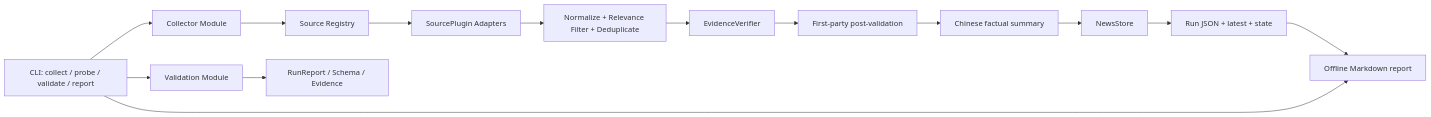
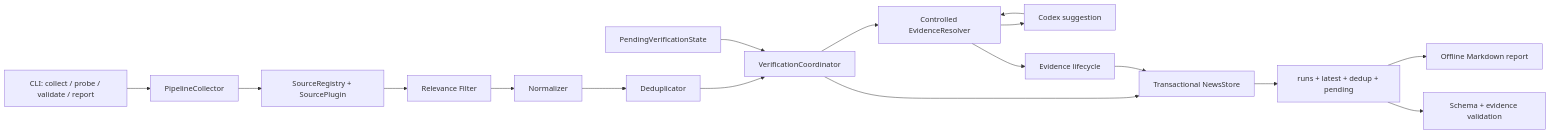
One commit to EdgarLQS/mynews changed the diagram in docs/architecture/system-architecture.md. Above: the diagram before and after it, drawn with Mermaid. The commit also changed other lines of this file, not shown here.

Commit message:
docs: document v1.2 verification architecture

````diff
--- a/docs/architecture/system-architecture.md
+++ b/docs/architecture/system-architecture.md
@@ -24,16 +24,19 @@
 ```mermaid
 flowchart LR
-    CLI["CLI: collect / probe / validate / report"] --> COL["Collector Module"]
-    CLI --> VAL["Validation Module"]
-    COL --> REG["Source Registry"]
-    REG --> SRC["SourcePlugin Adapters"]
-    SRC --> NOR["Normalize + Relevance Filter + Deduplicate"]
-    NOR --> VER["EvidenceVerifier"]
-    VER --> POST["First-party post-validation"]
-    POST --> SUM["Chinese factual summary"]
-    SUM --> STORE["NewsStore"]
-    STORE --> JSON["Run JSON + latest + state"]
+    CLI["CLI: collect / probe / validate / report"] --> COL["PipelineCollector"]
+    COL --> REG["SourceRegistry + SourcePlugin"]
+    REG --> REL["Relevance Filter"]
+    REL --> NOR["Normalizer"]
+    NOR --> DEDUP["Deduplicator"]
+    DEDUP --> COORD["VerificationCoordinator"]
+    PENDING["PendingVerificationState"] --> COORD
+    COORD --> RES["Controlled EvidenceResolver"]
+    RES --> CODEX["Codex suggestion"]
+    CODEX --> RES
+    RES --> LIFE["Evidence lifecycle"]
+    COORD --> TX["Transactional NewsStore"]
+    LIFE --> TX
+    TX --> JSON["runs + latest + dedup + pending"]
     JSON --> REPORT["Offline Markdown report"]
-    VAL --> CONTRACT["RunReport / Schema / Evidence"]
-    CLI --> REPORT
+    JSON --> VAL["Schema + evidence validation"]
 ```
````
